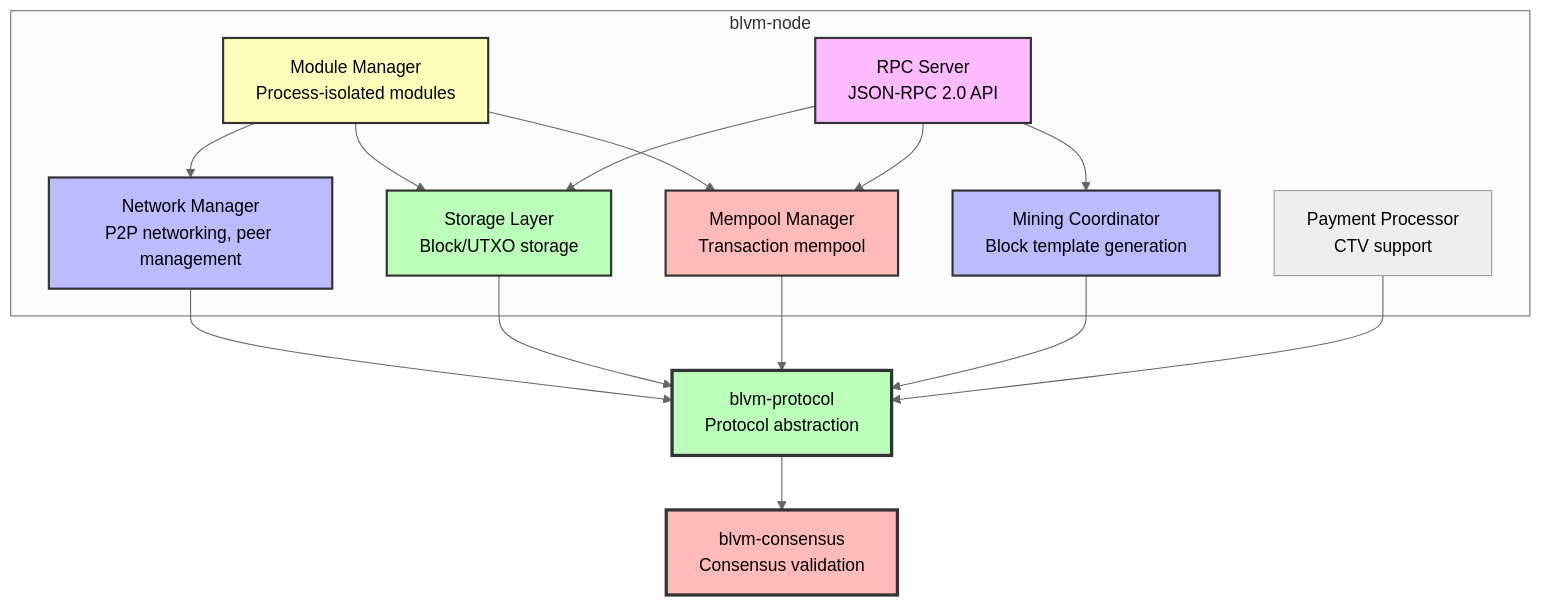
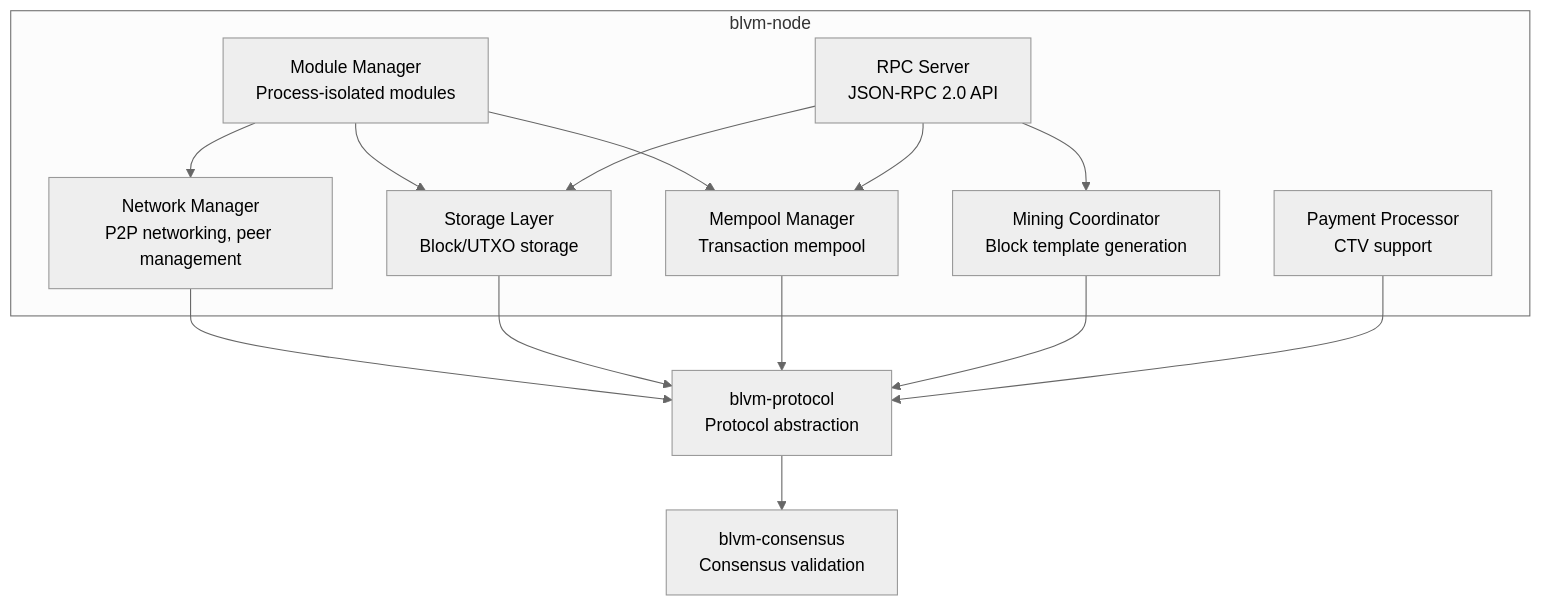
One commit to BTCDecoded/blvm-docs changed the diagram in src/node/overview.md. Above: the diagram before and after it, drawn with Mermaid (neutral theme). The commit also changed 18 other files, not shown here.

First line of the commit message:
docs: trim redundant mermaid charts and add operator decision flows

````diff
--- a/src/node/overview.md
+++ b/src/node/overview.md
@@ -11,40 +11,31 @@
 ```mermaid
 graph TB
     subgraph "blvm-node"
         NM[Network Manager<br/>P2P networking, peer management]
         SL[Storage Layer<br/>Block/UTXO storage]
         RS[RPC Server<br/>JSON-RPC 2.0 API]
         MM[Module Manager<br/>Process-isolated modules]
         MP[Mempool Manager<br/>Transaction mempool]
         MC[Mining Coordinator<br/>Block template generation]
         PP[Payment Processor<br/>CTV support]
     end
     
     PROTO[blvm-protocol<br/>Protocol abstraction]
     CONS[blvm-consensus<br/>Consensus validation]
     
     NM --> PROTO
     SL --> PROTO
     MP --> PROTO
     MC --> PROTO
     PP --> PROTO
     
     PROTO --> CONS
     
     MM --> NM
     MM --> SL
     MM --> MP
     
     RS --> SL
     RS --> MP
     RS --> MC
-    
-    style NM fill:#bbf,stroke:#333,stroke-width:2px
-    style SL fill:#bfb,stroke:#333,stroke-width:2px
-    style RS fill:#fbf,stroke:#333,stroke-width:2px
-    style MM fill:#ffb,stroke:#333,stroke-width:2px
-    style MP fill:#fbb,stroke:#333,stroke-width:2px
-    style MC fill:#bbf,stroke:#333,stroke-width:2px
-    style PROTO fill:#bfb,stroke:#333,stroke-width:3px
-    style CONS fill:#fbb,stroke:#333,stroke-width:3px
 ```
````
